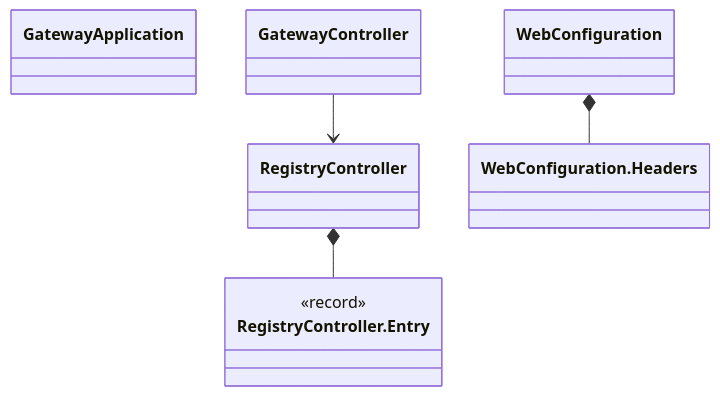
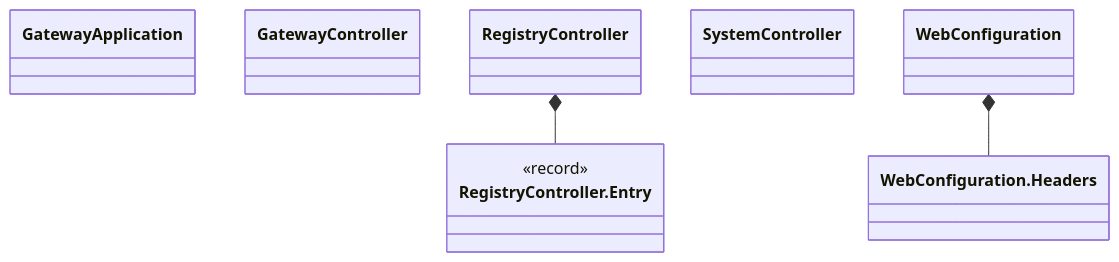
One commit to AlexLiong/grade-management-system changed the fifth of 5 diagrams in docs/class-diagrams.md. Above: the diagram before and after it, drawn with Mermaid. The commit also changed other lines of this file and 11 other files, not shown here.

````diff
--- a/docs/class-diagrams.md
+++ b/docs/class-diagrams.md
@@ -107,13 +131,13 @@
 ```mermaid
 classDiagram
     class GatewayApplication["GatewayApplication"]
     class GatewayController["GatewayController"]
     class RegistryController["RegistryController"]
     class RegistryController_Entry["RegistryController.Entry"]
     <<record>> RegistryController_Entry
     RegistryController *-- RegistryController_Entry
+    class SystemController["SystemController"]
     class WebConfiguration["WebConfiguration"]
     class WebConfiguration_Headers["WebConfiguration.Headers"]
     WebConfiguration *-- WebConfiguration_Headers
-    GatewayController --> RegistryController
 ```
````
